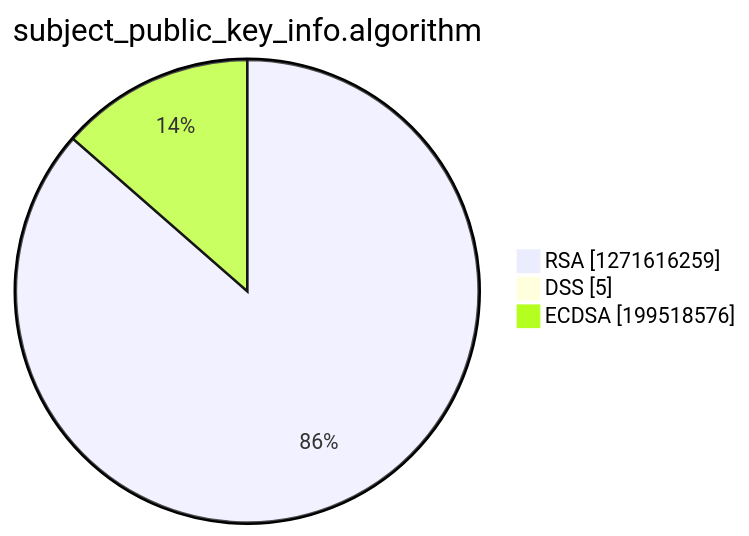
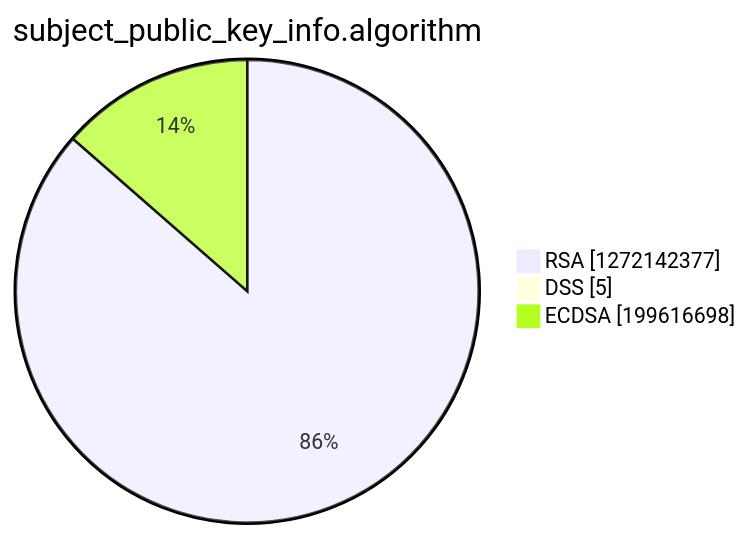
One commit to christiankrug/ctmonitor_visualization changed the third of 15 diagrams in argon2022/README.md. Above: the diagram before and after it, drawn with Mermaid. The commit also changed other lines of this file, not shown here.

````diff
--- a/argon2022/README.md
+++ b/argon2022/README.md
@@ -14,7 +14,7 @@
 ```mermaid
 pie showData
 title subject_public_key_info.algorithm
-"RSA" :1271616259
+"RSA" :1272142377
 "DSS" :5
-"ECDSA" :199518576
+"ECDSA" :199616698
 ```
````
